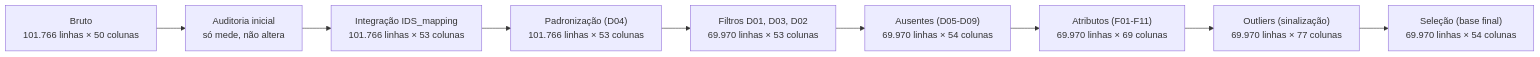
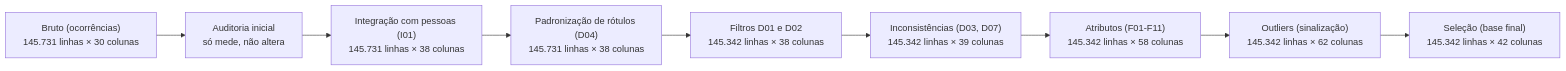
The diagram in docs/README.md (OtavioBrandao/Projeto-Final-CD), drawn with Mermaid before and after one commit. The commit also changed other lines of this file and 26 other files, not shown here.

````diff
--- a/docs/README.md
+++ b/docs/README.md
@@ -16,19 +16,19 @@
 ```mermaid
 flowchart LR
-    N0["Bruto<br/>101.766 linhas × 50 colunas"]
+    N0["Bruto (ocorrências)<br/>145.731 linhas × 30 colunas"]
     AUD["Auditoria inicial<br/>só mede, não altera"]
-    N1["Integração IDS_mapping<br/>101.766 linhas × 53 colunas"]
-    N2["Padronização (D04)<br/>101.766 linhas × 53 colunas"]
-    N3["Filtros D01, D03, D02<br/>69.970 linhas × 53 colunas"]
-    N4["Ausentes (D05-D09)<br/>69.970 linhas × 54 colunas"]
-    N5["Atributos (F01-F11)<br/>69.970 linhas × 69 colunas"]
-    N6["Outliers (sinalização)<br/>69.970 linhas × 77 colunas"]
-    N7["Seleção (base final)<br/>69.970 linhas × 54 colunas"]
+    N1["Integração com pessoas (I01)<br/>145.731 linhas × 38 colunas"]
+    N2["Padronização de rótulos (D04)<br/>145.731 linhas × 38 colunas"]
+    N3["Filtros D01 e D02<br/>145.342 linhas × 38 colunas"]
+    N4["Inconsistências (D03, D07)<br/>145.342 linhas × 39 colunas"]
+    N5["Atributos (F01-F11)<br/>145.342 linhas × 58 colunas"]
+    N6["Outliers (sinalização)<br/>145.342 linhas × 62 colunas"]
+    N7["Seleção (base final)<br/>145.342 linhas × 42 colunas"]
     N0 --> AUD --> N1
     N1 --> N2
     N2 --> N3
     N3 --> N4
     N4 --> N5
     N5 --> N6
     N6 --> N7
 ```
````
